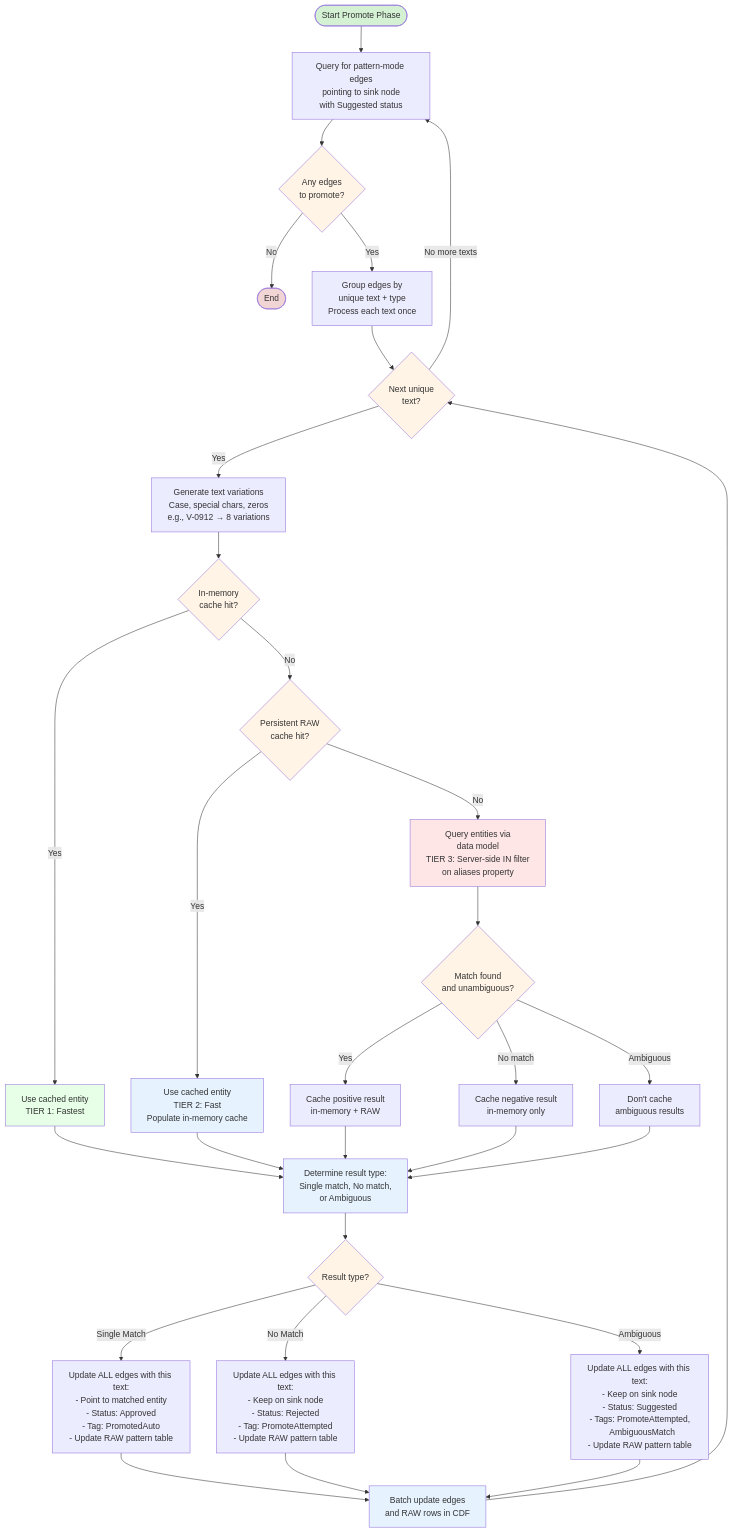
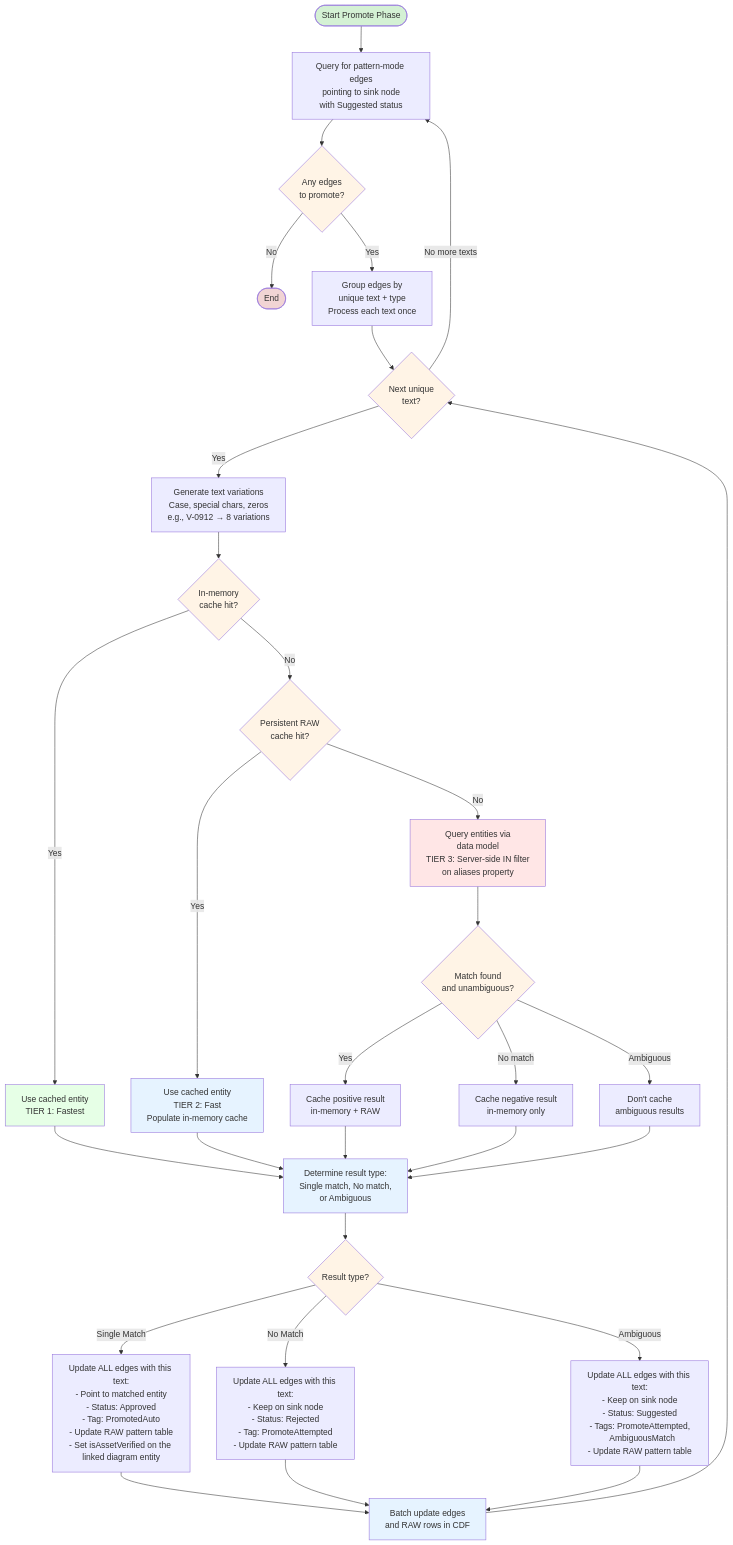
The fourth of 5 diagrams in modules/contextualization/cdf_file_annotation/README.md (cognitedata/library), drawn with Mermaid before and after one commit. The commit also changed other lines of this file and 4 other files, not shown here.

Commit message:
verifies asset link if single link is found

````diff
--- a/modules/contextualization/cdf_file_annotation/README.md
+++ b/modules/contextualization/cdf_file_annotation/README.md
@@ -266,54 +266,54 @@
 ```mermaid
 flowchart TD
     Start([Start Promote Phase]) --> QueryEdges[Query for pattern-mode edges<br/>pointing to sink node<br/>with Suggested status]
     QueryEdges --> CheckEdges{Any edges<br/>to promote?}
     CheckEdges -->|No| End([End])
     CheckEdges -->|Yes| GroupText[Group edges by<br/>unique text + type<br/>Process each text once]
 
     GroupText --> NextText{Next unique<br/>text?}
     NextText -->|Yes| GenVariations[Generate text variations<br/>Case, special chars, zeros<br/>e.g., V-0912 → 8 variations]
 
     GenVariations --> CheckMemCache{In-memory<br/>cache hit?}
     CheckMemCache -->|Yes| UseMemCache[Use cached entity<br/>TIER 1: Fastest]
     CheckMemCache -->|No| CheckRAWCache{Persistent RAW<br/>cache hit?}
 
     CheckRAWCache -->|Yes| UseRAWCache[Use cached entity<br/>TIER 2: Fast<br/>Populate in-memory cache]
     CheckRAWCache -->|No| SearchEntities[Query entities via<br/>data model<br/>TIER 3: Server-side IN filter<br/>on aliases property]
 
     SearchEntities --> CacheResult{Match found<br/>and unambiguous?}
     CacheResult -->|Yes| CachePositive[Cache positive result<br/>in-memory + RAW]
     CacheResult -->|No match| CacheNegative[Cache negative result<br/>in-memory only]
     CacheResult -->|Ambiguous| NoCache[Don't cache<br/>ambiguous results]
 
     UseMemCache --> ProcessResult
     UseRAWCache --> ProcessResult
     CachePositive --> ProcessResult[Determine result type:<br/>Single match, No match,<br/>or Ambiguous]
     CacheNegative --> ProcessResult
     NoCache --> ProcessResult
 
     ProcessResult --> UpdateEdges{Result type?}
-    UpdateEdges -->|Single Match| ApproveEdges[Update ALL edges with this text:<br/>- Point to matched entity<br/>- Status: Approved<br/>- Tag: PromotedAuto<br/>- Update RAW pattern table]
+    UpdateEdges -->|Single Match| ApproveEdges[Update ALL edges with this text:<br/>- Point to matched entity<br/>- Status: Approved<br/>- Tag: PromotedAuto<br/>- Update RAW pattern table<br/>- Set isAssetVerified on the linked diagram entity]
     UpdateEdges -->|No Match| RejectEdges[Update ALL edges with this text:<br/>- Keep on sink node<br/>- Status: Rejected<br/>- Tag: PromoteAttempted<br/>- Update RAW pattern table]
     UpdateEdges -->|Ambiguous| FlagEdges[Update ALL edges with this text:<br/>- Keep on sink node<br/>- Status: Suggested<br/>- Tags: PromoteAttempted,<br/>  AmbiguousMatch<br/>- Update RAW pattern table]
 
     ApproveEdges --> BatchUpdate[Batch update edges<br/>and RAW rows in CDF]
     RejectEdges --> BatchUpdate
     FlagEdges --> BatchUpdate
 
     BatchUpdate --> NextText
     NextText -->|No more texts| QueryEdges
 
     style Start fill:#d4f1d4
     style End fill:#f1d4d4
     style CheckEdges fill:#fff4e6
     style CheckMemCache fill:#fff4e6
     style CheckRAWCache fill:#fff4e6
     style CacheResult fill:#fff4e6
     style UpdateEdges fill:#fff4e6
     style NextText fill:#fff4e6
     style UseMemCache fill:#e6ffe6
     style UseRAWCache fill:#e6f3ff
     style SearchEntities fill:#ffe6e6
     style ProcessResult fill:#e6f3ff
     style BatchUpdate fill:#e6f3ff
 ```
````
